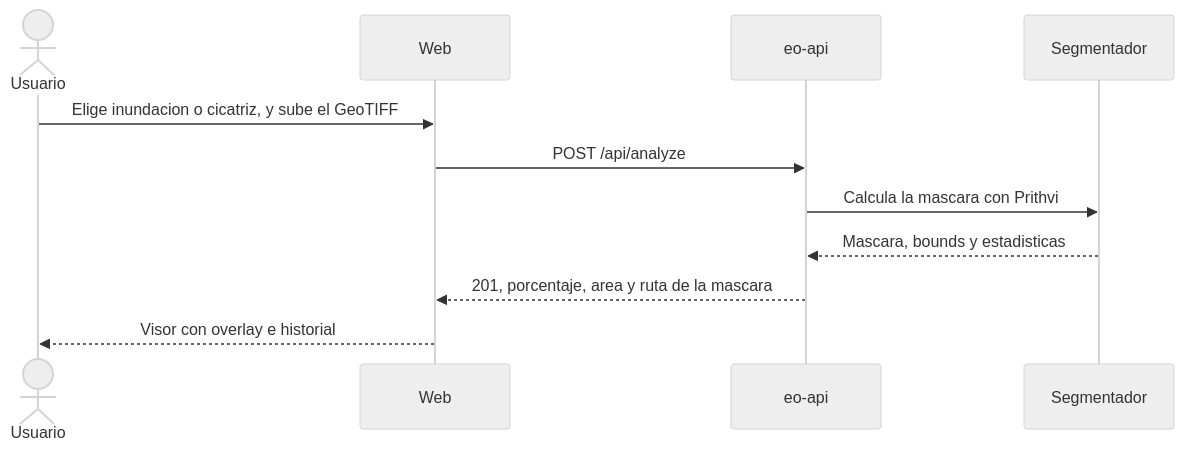
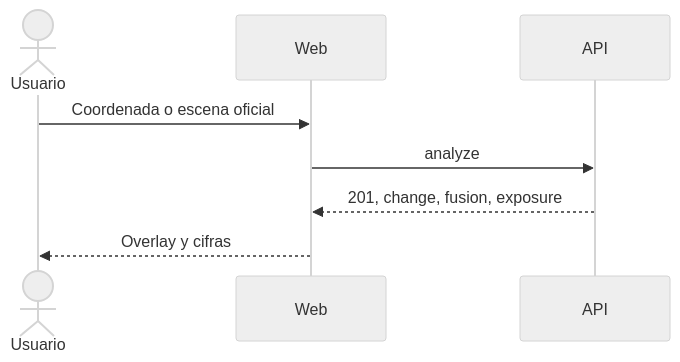
Before and after one commit to Charlsz/Tune: the third of 4 diagrams in docs/SegundoInforme.md, drawn with Mermaid (neutral theme). The commit also changed other lines of this file, not shown here.

````diff
--- a/docs/SegundoInforme.md
+++ b/docs/SegundoInforme.md
@@ -519,13 +303,10 @@
 ```mermaid
 sequenceDiagram
   actor Usuario
-  participant Web as Web
-  participant API as eo-api
-  participant Seg as Segmentador
-  Usuario->>Web: Elige inundacion o cicatriz, y sube el GeoTIFF
-  Web->>API: POST /api/analyze
-  API->>Seg: Calcula la mascara con Prithvi
-  Seg-->>API: Mascara, bounds y estadisticas
-  API-->>Web: 201, porcentaje, area y ruta de la mascara
-  Web-->>Usuario: Visor con overlay e historial
+  participant Web
+  participant API
+  Usuario->>Web: Coordenada o escena oficial
+  Web->>API: analyze
+  API-->>Web: 201, change, fusion, exposure
+  Web-->>Usuario: Overlay y cifras
 ```
````
